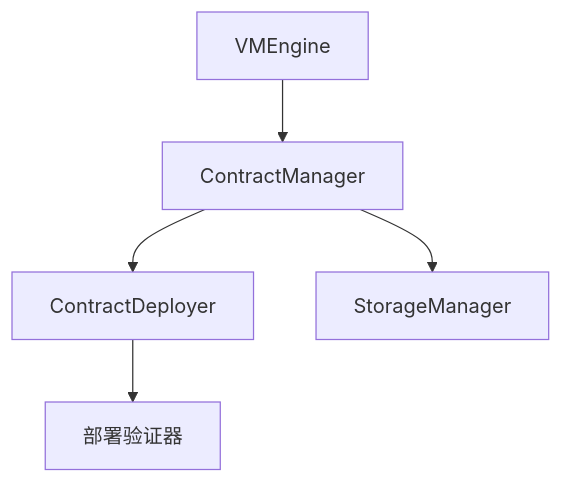
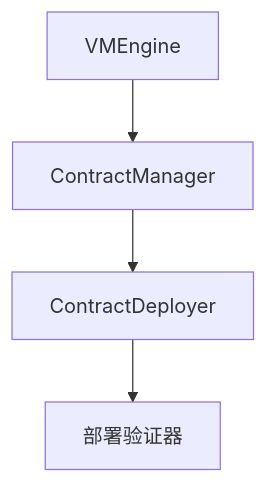
One commit to lengzhao/vm changed the fourth of 4 diagrams in docs/detailed_design/contract_manager_detailed_design.md. Above: the diagram before and after it, drawn with Mermaid. The commit also changed other lines of this file and 11 other files, not shown here.

````diff
--- a/docs/detailed_design/contract_manager_detailed_design.md
+++ b/docs/detailed_design/contract_manager_detailed_design.md
@@ -432,7 +415,6 @@
 ```mermaid
 graph TD
 A[VMEngine] --> B[ContractManager]
 B --> C[ContractDeployer]
-B --> D[StorageManager]
 C --> E[部署验证器]
 ```
````
